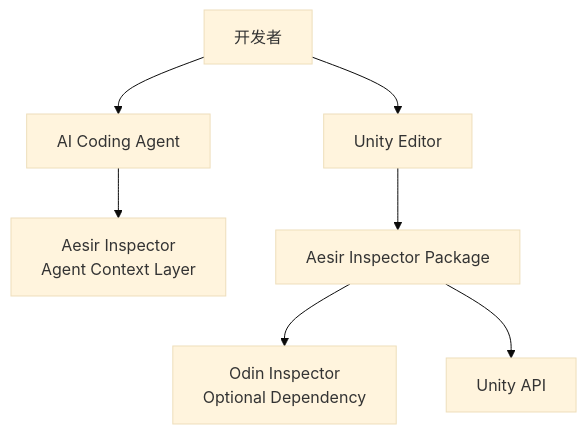
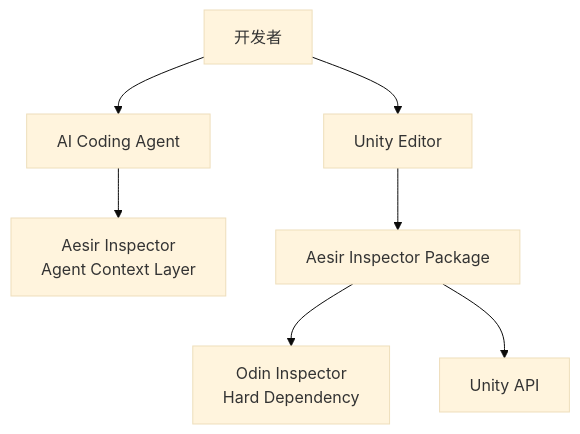
The first of 3 diagrams in Documentation~/development.md (yuumixcode/AesirInspector), drawn with Mermaid (base theme) before and after one commit. The commit also changed other lines of this file and 9 other files, not shown here.

````diff
--- a/Documentation~/development.md
+++ b/Documentation~/development.md
@@ -11,9 +11,9 @@
 ```mermaid
 graph TB
     Dev[开发者] --> AICode[AI Coding Agent]
     AICode --> AI[Aesir Inspector<br/>Agent Context Layer]
     Dev --> Editor[Unity Editor]
     Editor --> PKG[Aesir Inspector Package]
-    PKG --> Odin[Odin Inspector<br/>Optional Dependency]
+    PKG --> Odin[Odin Inspector<br/>Hard Dependency]
     PKG --> Unity[Unity API]
 ```
````
